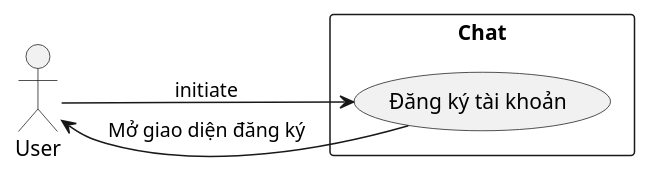
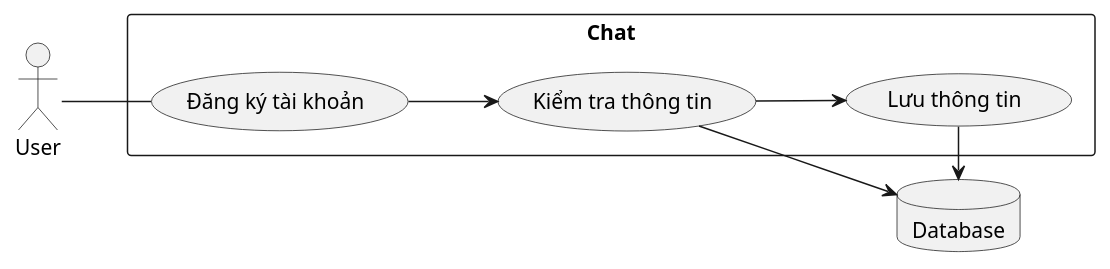
Before and after one commit to phamsyhung2110/project-hust: the diagram in uml/usecase_signup.puml, drawn with PlantUML. The commit also changed 8 other files, not shown here.

Commit message:
edit uml

```diff
--- a/uml/usecase_signup.puml
+++ b/uml/usecase_signup.puml
@@ -1,10 +1,16 @@
 @startuml
 left to right direction
 
 actor User
+database "Database" as Database
 rectangle Chat {
     usecase "Đăng ký tài khoản" as Register
-    User --> Register: initiate
-    Register --> User: Mở giao diện đăng ký
+    usecase "Kiểm tra thông tin" as Check
+    usecase "Lưu thông tin" as Save
+    User -d- Register
+    Register --> Check
+    Check --> Database
+    Check --> Save
+    Save -l-> Database
 }
 @enduml
```
